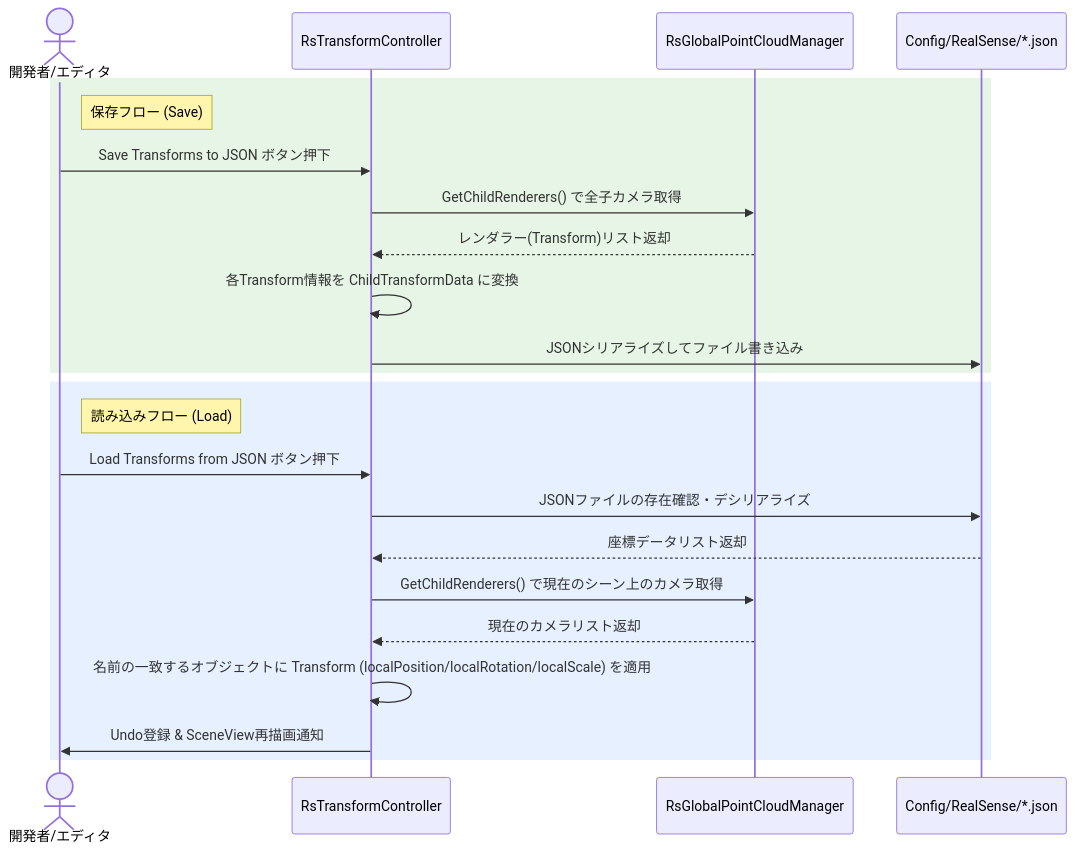
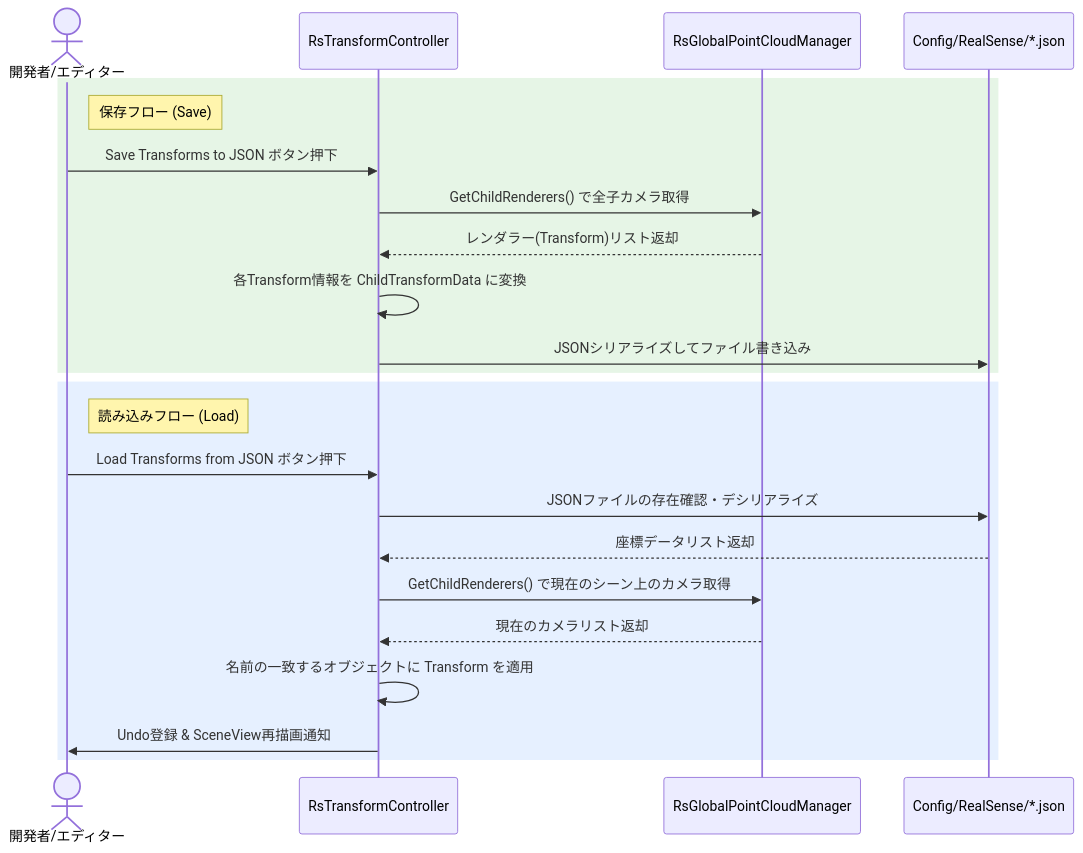
Before and after one commit to kotetsuOU/HandTrakingDemo: the second of 2 diagrams in Docs/Initialization.md, drawn with Mermaid. The commit also changed other lines of this file and 21 other files, not shown here.

````diff
--- a/Docs/Initialization.md
+++ b/Docs/Initialization.md
@@ -111,29 +36,27 @@
 ```mermaid
 sequenceDiagram
-    actor Developer as 開発者/エディタ
+    actor Developer as 開発者/エディター
     participant TC as RsTransformController
     participant GM as RsGlobalPointCloudManager
     participant Disk as Config/RealSense/*.json
 
-    %% 保存フロー
     rect rgb(230, 245, 230)
     note right of Developer: 保存フロー (Save)
     Developer->>TC: Save Transforms to JSON ボタン押下
     TC->>GM: GetChildRenderers() で全子カメラ取得
     GM-->>TC: レンダラー(Transform)リスト返却
     TC->>TC: 各Transform情報を ChildTransformData に変換
     TC->>Disk: JSONシリアライズしてファイル書き込み
     end
 
-    %% 読み込みフロー
     rect rgb(230, 240, 255)
     note right of Developer: 読み込みフロー (Load)
     Developer->>TC: Load Transforms from JSON ボタン押下
     TC->>Disk: JSONファイルの存在確認・デシリアライズ
     Disk-->>TC: 座標データリスト返却
     TC->>GM: GetChildRenderers() で現在のシーン上のカメラ取得
     GM-->>TC: 現在のカメラリスト返却
-    TC->>TC: 名前の一致するオブジェクトに Transform (localPosition/localRotation/localScale) を適用
+    TC->>TC: 名前の一致するオブジェクトに Transform を適用
     TC->>Developer: Undo登録 & SceneView再描画通知
     end
 ```
````
